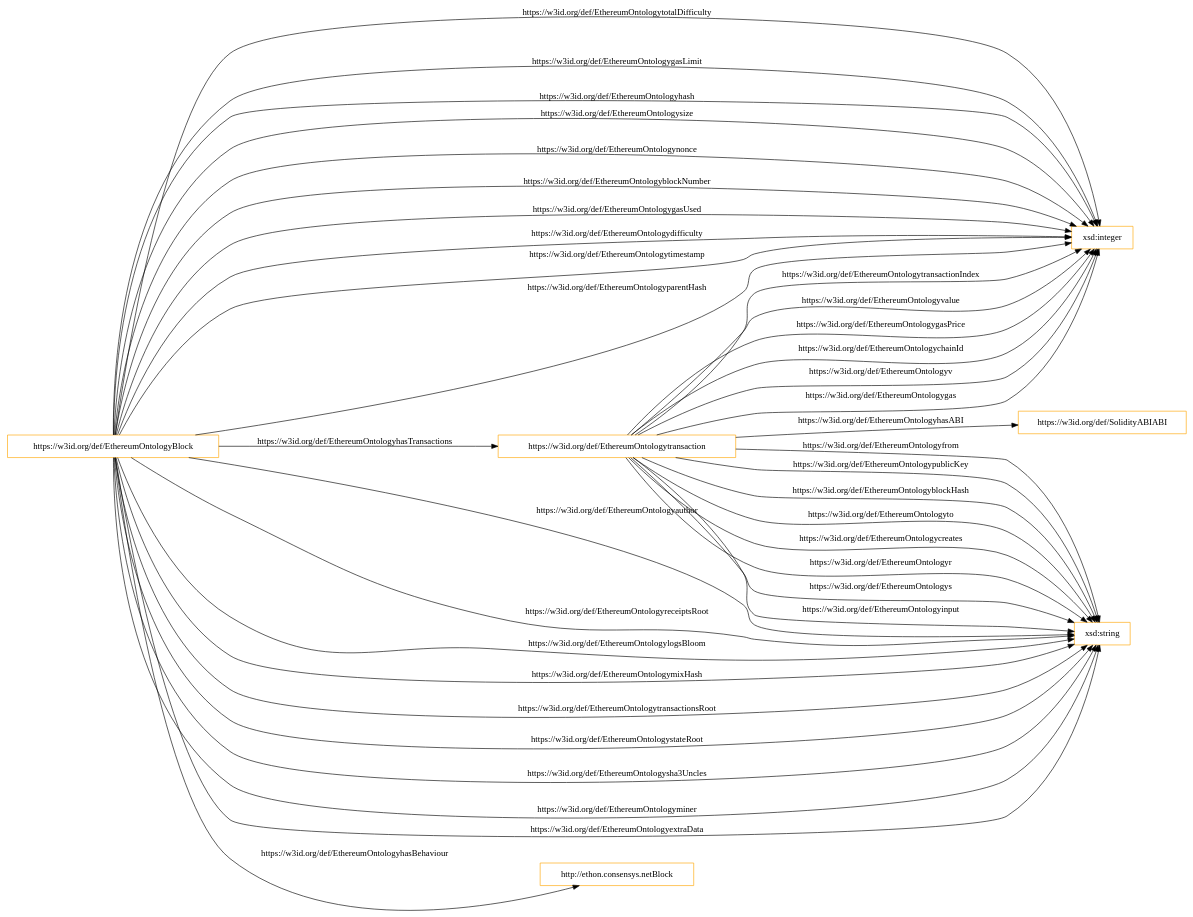
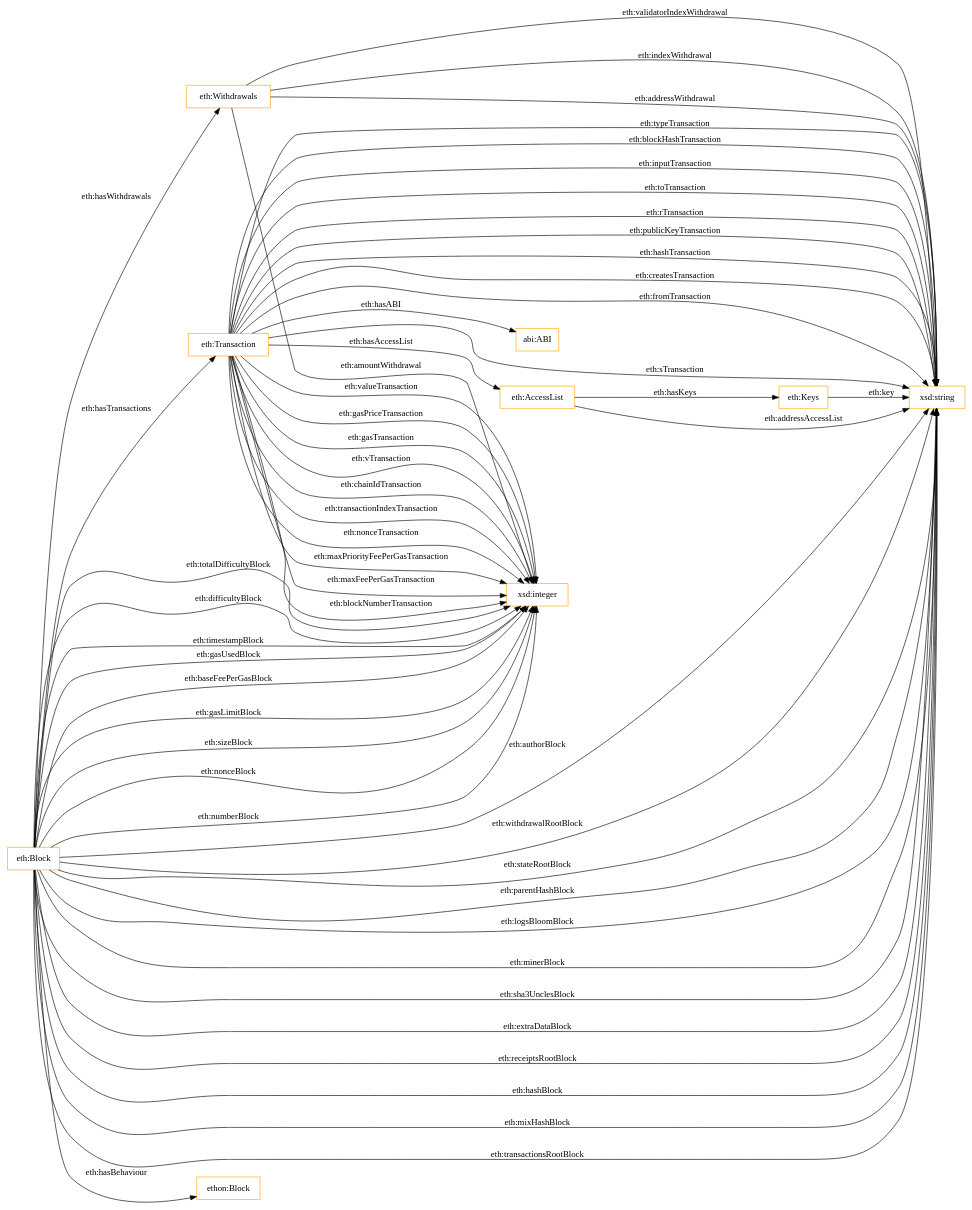
Before and after one commit to oeg-upm/Ethereum-ontology: the diagram in OnToology/EthereumOntology.ttl/diagrams/ar2dtool-class/EthereumOntology.ttl.png.dot, drawn with Graphviz. The commit also changed 9 other files, not shown here.

```diff
--- a/OnToology/EthereumOntology.ttl/diagrams/ar2dtool-class/EthereumOntology.ttl.png.dot
+++ b/OnToology/EthereumOntology.ttl/diagrams/ar2dtool-class/EthereumOntology.ttl.png.dot
@@ -1,42 +1,59 @@
 digraph ar2dtool_diagram { 
 rankdir=LR;
 size="1501"
-node [shape = rectangle, color="orange"]; "https://w3id.org/def/EthereumOntologyBlock" "https://w3id.org/def/EthereumOntologytransaction" "https://w3id.org/def/SolidityABIABI" "http://ethon.consensys.netBlock" ; /*classes style*/
-	"https://w3id.org/def/EthereumOntologytransaction" -> "xsd:integer" [ label = "https://w3id.org/def/EthereumOntologytransactionIndex" ];
-	"https://w3id.org/def/EthereumOntologyBlock" -> "xsd:string" [ label = "https://w3id.org/def/EthereumOntologytransactionsRoot" ];
-	"https://w3id.org/def/EthereumOntologyBlock" -> "xsd:integer" [ label = "https://w3id.org/def/EthereumOntologyhash" ];
-	"https://w3id.org/def/EthereumOntologyBlock" -> "xsd:string" [ label = "https://w3id.org/def/EthereumOntologystateRoot" ];
-	"https://w3id.org/def/EthereumOntologytransaction" -> "xsd:integer" [ label = "https://w3id.org/def/EthereumOntologyvalue" ];
-	"https://w3id.org/def/EthereumOntologyBlock" -> "xsd:string" [ label = "https://w3id.org/def/EthereumOntologysha3Uncles" ];
-	"https://w3id.org/def/EthereumOntologyBlock" -> "xsd:integer" [ label = "https://w3id.org/def/EthereumOntologysize" ];
-	"https://w3id.org/def/EthereumOntologyBlock" -> "https://w3id.org/def/EthereumOntologytransaction" [ label = "https://w3id.org/def/EthereumOntologyhasTransactions" ];
-	"https://w3id.org/def/EthereumOntologyBlock" -> "xsd:integer" [ label = "https://w3id.org/def/EthereumOntologynonce" ];
-	"https://w3id.org/def/EthereumOntologyBlock" -> "xsd:integer" [ label = "https://w3id.org/def/EthereumOntologyblockNumber" ];
-	"https://w3id.org/def/EthereumOntologytransaction" -> "https://w3id.org/def/SolidityABIABI" [ label = "https://w3id.org/def/EthereumOntologyhasABI" ];
-	"https://w3id.org/def/EthereumOntologytransaction" -> "xsd:string" [ label = "https://w3id.org/def/EthereumOntologypublicKey" ];
-	"https://w3id.org/def/EthereumOntologyBlock" -> "xsd:string" [ label = "https://w3id.org/def/EthereumOntologyminer" ];
-	"https://w3id.org/def/EthereumOntologyBlock" -> "xsd:integer" [ label = "https://w3id.org/def/EthereumOntologygasUsed" ];
-	"https://w3id.org/def/EthereumOntologytransaction" -> "xsd:string" [ label = "https://w3id.org/def/EthereumOntologyblockHash" ];
-	"https://w3id.org/def/EthereumOntologyBlock" -> "xsd:string" [ label = "https://w3id.org/def/EthereumOntologyextraData" ];
-	"https://w3id.org/def/EthereumOntologytransaction" -> "xsd:string" [ label = "https://w3id.org/def/EthereumOntologyto" ];
-	"https://w3id.org/def/EthereumOntologyBlock" -> "xsd:string" [ label = "https://w3id.org/def/EthereumOntologyauthor" ];
-	"https://w3id.org/def/EthereumOntologyBlock" -> "xsd:integer" [ label = "https://w3id.org/def/EthereumOntologydifficulty" ];
-	"https://w3id.org/def/EthereumOntologyBlock" -> "xsd:string" [ label = "https://w3id.org/def/EthereumOntologyreceiptsRoot" ];
-	"https://w3id.org/def/EthereumOntologytransaction" -> "xsd:integer" [ label = "https://w3id.org/def/EthereumOntologygasPrice" ];
-	"https://w3id.org/def/EthereumOntologyBlock" -> "xsd:integer" [ label = "https://w3id.org/def/EthereumOntologytimestamp" ];
-	"https://w3id.org/def/EthereumOntologyBlock" -> "http://ethon.consensys.netBlock" [ label = "https://w3id.org/def/EthereumOntologyhasBehaviour" ];
-	"https://w3id.org/def/EthereumOntologytransaction" -> "xsd:integer" [ label = "https://w3id.org/def/EthereumOntologychainId" ];
-	"https://w3id.org/def/EthereumOntologyBlock" -> "xsd:integer" [ label = "https://w3id.org/def/EthereumOntologyparentHash" ];
-	"https://w3id.org/def/EthereumOntologytransaction" -> "xsd:string" [ label = "https://w3id.org/def/EthereumOntologycreates" ];
-	"https://w3id.org/def/EthereumOntologytransaction" -> "xsd:string" [ label = "https://w3id.org/def/EthereumOntologyr" ];
-	"https://w3id.org/def/EthereumOntologytransaction" -> "xsd:string" [ label = "https://w3id.org/def/EthereumOntologys" ];
-	"https://w3id.org/def/EthereumOntologyBlock" -> "xsd:string" [ label = "https://w3id.org/def/EthereumOntologylogsBloom" ];
-	"https://w3id.org/def/EthereumOntologytransaction" -> "xsd:integer" [ label = "https://w3id.org/def/EthereumOntologyv" ];
-	"https://w3id.org/def/EthereumOntologytransaction" -> "xsd:integer" [ label = "https://w3id.org/def/EthereumOntologygas" ];
-	"https://w3id.org/def/EthereumOntologyBlock" -> "xsd:integer" [ label = "https://w3id.org/def/EthereumOntologytotalDifficulty" ];
-	"https://w3id.org/def/EthereumOntologytransaction" -> "xsd:string" [ label = "https://w3id.org/def/EthereumOntologyinput" ];
-	"https://w3id.org/def/EthereumOntologytransaction" -> "xsd:string" [ label = "https://w3id.org/def/EthereumOntologyfrom" ];
-	"https://w3id.org/def/EthereumOntologyBlock" -> "xsd:string" [ label = "https://w3id.org/def/EthereumOntologymixHash" ];
-	"https://w3id.org/def/EthereumOntologyBlock" -> "xsd:integer" [ label = "https://w3id.org/def/EthereumOntologygasLimit" ];
+node [shape = rectangle, color="orange"]; "abi:ABI" "eth:Withdrawals" "eth:Transaction" "eth:Keys" "eth:Block" "eth:AccessList" "ethon:Block" ; /*classes style*/
+	"eth:Block" -> "xsd:integer" [ label = "eth:gasLimitBlock" ];
+	"eth:Transaction" -> "xsd:string" [ label = "eth:typeTransaction" ];
+	"eth:Transaction" -> "xsd:integer" [ label = "eth:vTransaction" ];
+	"eth:Block" -> "xsd:integer" [ label = "eth:sizeBlock" ];
+	"eth:Block" -> "xsd:string" [ label = "eth:authorBlock" ];
+	"eth:Withdrawals" -> "xsd:string" [ label = "eth:addressWithdrawal" ];
+	"eth:Block" -> "xsd:integer" [ label = "eth:nonceBlock" ];
+	"eth:AccessList" -> "xsd:string" [ label = "eth:addressAccessList" ];
+	"eth:Transaction" -> "xsd:integer" [ label = "eth:chainIdTransaction" ];
+	"eth:Transaction" -> "xsd:string" [ label = "eth:blockHashTransaction" ];
+	"eth:Withdrawals" -> "xsd:string" [ label = "eth:validatorIndexWithdrawal" ];
+	"eth:Transaction" -> "xsd:integer" [ label = "eth:transactionIndexTransaction" ];
+	"eth:Block" -> "xsd:integer" [ label = "eth:numberBlock" ];
+	"eth:Keys" -> "xsd:string" [ label = "eth:key" ];
+	"eth:Block" -> "eth:Withdrawals" [ label = "eth:hasWithdrawals" ];
+	"eth:Transaction" -> "xsd:integer" [ label = "eth:nonceTransaction" ];
+	"eth:Transaction" -> "xsd:string" [ label = "eth:inputTransaction" ];
+	"eth:Transaction" -> "xsd:integer" [ label = "eth:maxPriorityFeePerGasTransaction" ];
+	"eth:Block" -> "xsd:integer" [ label = "eth:totalDifficultyBlock" ];
+	"eth:Block" -> "xsd:string" [ label = "eth:withdrawalRootBlock" ];
+	"eth:Transaction" -> "xsd:string" [ label = "eth:toTransaction" ];
+	"eth:Block" -> "xsd:string" [ label = "eth:stateRootBlock" ];
+	"eth:Block" -> "xsd:integer" [ label = "eth:difficultyBlock" ];
+	"eth:Transaction" -> "xsd:integer" [ label = "eth:maxFeePerGasTransaction" ];
+	"eth:Block" -> "xsd:string" [ label = "eth:parentHashBlock" ];
+	"eth:Block" -> "xsd:string" [ label = "eth:logsBloomBlock" ];
+	"eth:Transaction" -> "abi:ABI" [ label = "eth:hasABI" ];
+	"eth:Transaction" -> "xsd:integer" [ label = "eth:blockNumberTransaction" ];
+	"eth:Transaction" -> "xsd:string" [ label = "eth:rTransaction" ];
+	"eth:Block" -> "eth:Transaction" [ label = "eth:hasTransactions" ];
+	"eth:Transaction" -> "xsd:string" [ label = "eth:publicKeyTransaction" ];
+	"eth:Block" -> "xsd:string" [ label = "eth:minerBlock" ];
+	"eth:Transaction" -> "eth:AccessList" [ label = "eth:hasAccessList" ];
+	"eth:Transaction" -> "xsd:string" [ label = "eth:hashTransaction" ];
+	"eth:AccessList" -> "eth:Keys" [ label = "eth:hasKeys" ];
+	"eth:Transaction" -> "xsd:string" [ label = "eth:createsTransaction" ];
+	"eth:Transaction" -> "xsd:string" [ label = "eth:fromTransaction" ];
+	"eth:Block" -> "xsd:string" [ label = "eth:sha3UnclesBlock" ];
+	"eth:Withdrawals" -> "xsd:string" [ label = "eth:indexWithdrawal" ];
+	"eth:Block" -> "xsd:string" [ label = "eth:extraDataBlock" ];
+	"eth:Transaction" -> "xsd:integer" [ label = "eth:valueTransaction" ];
+	"eth:Transaction" -> "xsd:integer" [ label = "eth:gasPriceTransaction" ];
+	"eth:Transaction" -> "xsd:string" [ label = "eth:sTransaction" ];
+	"eth:Block" -> "xsd:string" [ label = "eth:receiptsRootBlock" ];
+	"eth:Block" -> "xsd:string" [ label = "eth:hashBlock" ];
+	"eth:Block" -> "ethon:Block" [ label = "eth:hasBehaviour" ];
+	"eth:Block" -> "xsd:integer" [ label = "eth:timestampBlock" ];
+	"eth:Block" -> "xsd:integer" [ label = "eth:gasUsedBlock" ];
+	"eth:Block" -> "xsd:integer" [ label = "eth:baseFeePerGasBlock" ];
+	"eth:Block" -> "xsd:string" [ label = "eth:mixHashBlock" ];
+	"eth:Transaction" -> "xsd:integer" [ label = "eth:gasTransaction" ];
+	"eth:Block" -> "xsd:string" [ label = "eth:transactionsRootBlock" ];
+	"eth:Withdrawals" -> "xsd:integer" [ label = "eth:amountWithdrawal" ];
 
 }
```
